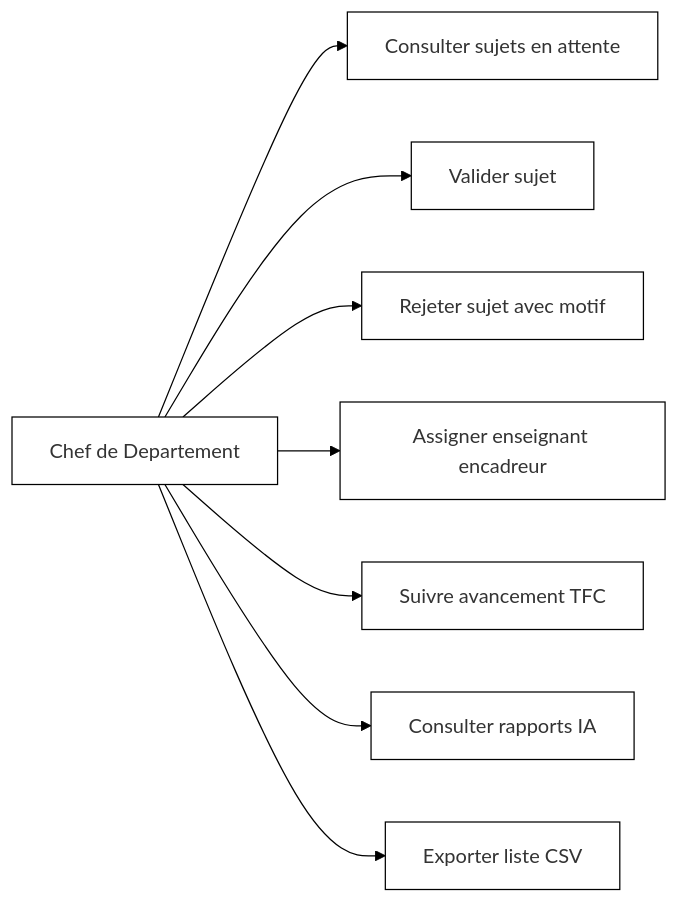
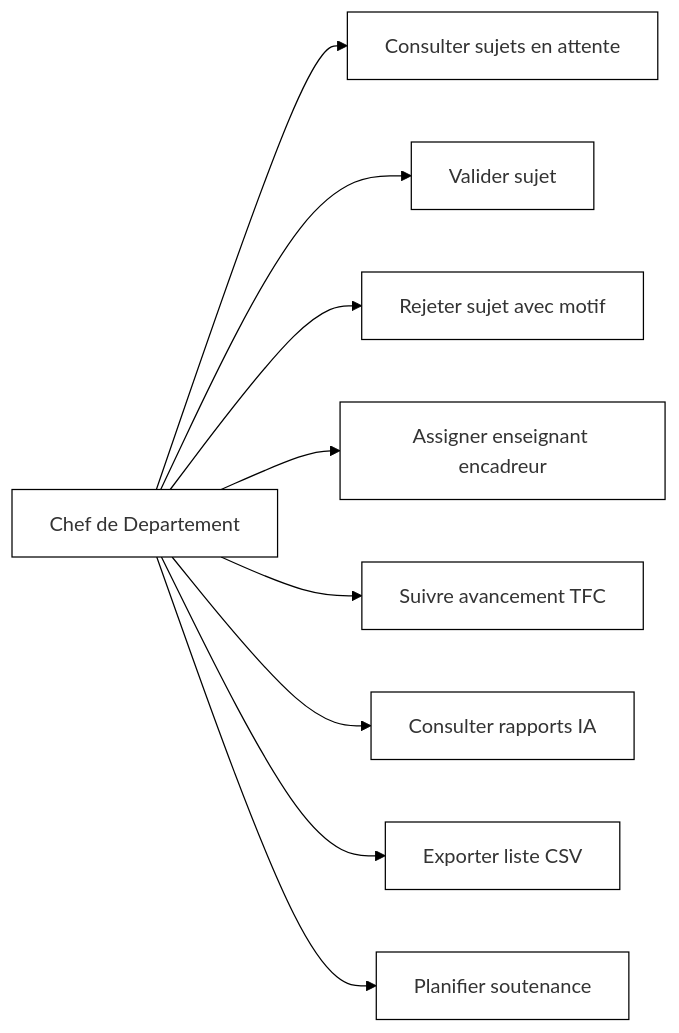
The third of 13 diagrams in DIAGRAMMES-PAR-CHAPITRE-NB.md (DavidMwangaza/TFC-Manager), drawn with Mermaid before and after one commit. The commit also changed other lines of this file and 34 other files, not shown here.

````diff
--- a/DIAGRAMMES-PAR-CHAPITRE-NB.md
+++ b/DIAGRAMMES-PAR-CHAPITRE-NB.md
@@ -75,20 +79,22 @@
 ```mermaid
 %%{init: {'theme':'base','themeVariables': {'background':'#ffffff','primaryColor':'#ffffff','primaryBorderColor':'#000000','lineColor':'#000000','textColor':'#000000'}}}%%
 graph LR
     A[Chef de Departement]
     U1[Consulter sujets en attente]
     U2[Valider sujet]
     U3[Rejeter sujet avec motif]
     U4[Assigner enseignant encadreur]
     U5[Suivre avancement TFC]
     U6[Consulter rapports IA]
     U7[Exporter liste CSV]
+    U8[Planifier soutenance]
 
     A --> U1
     A --> U2
     A --> U3
     A --> U4
     A --> U5
     A --> U6
     A --> U7
+    A --> U8
 ```
````
